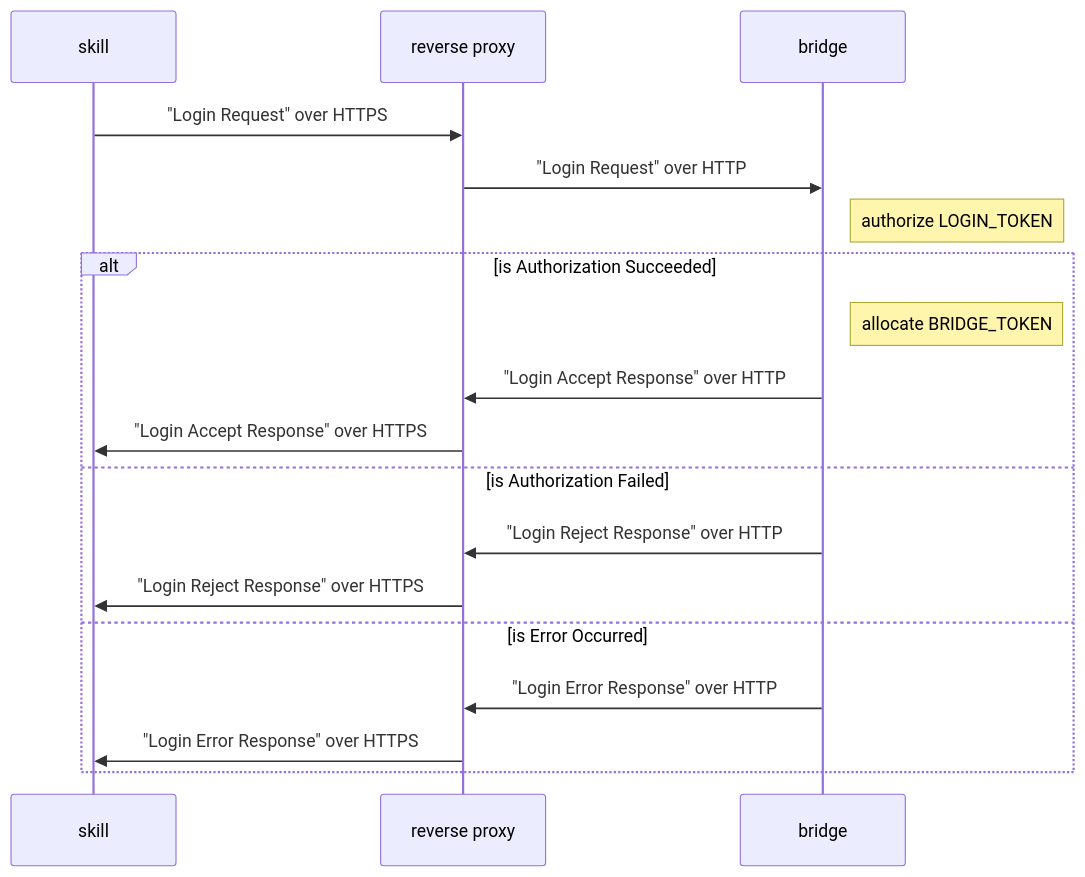
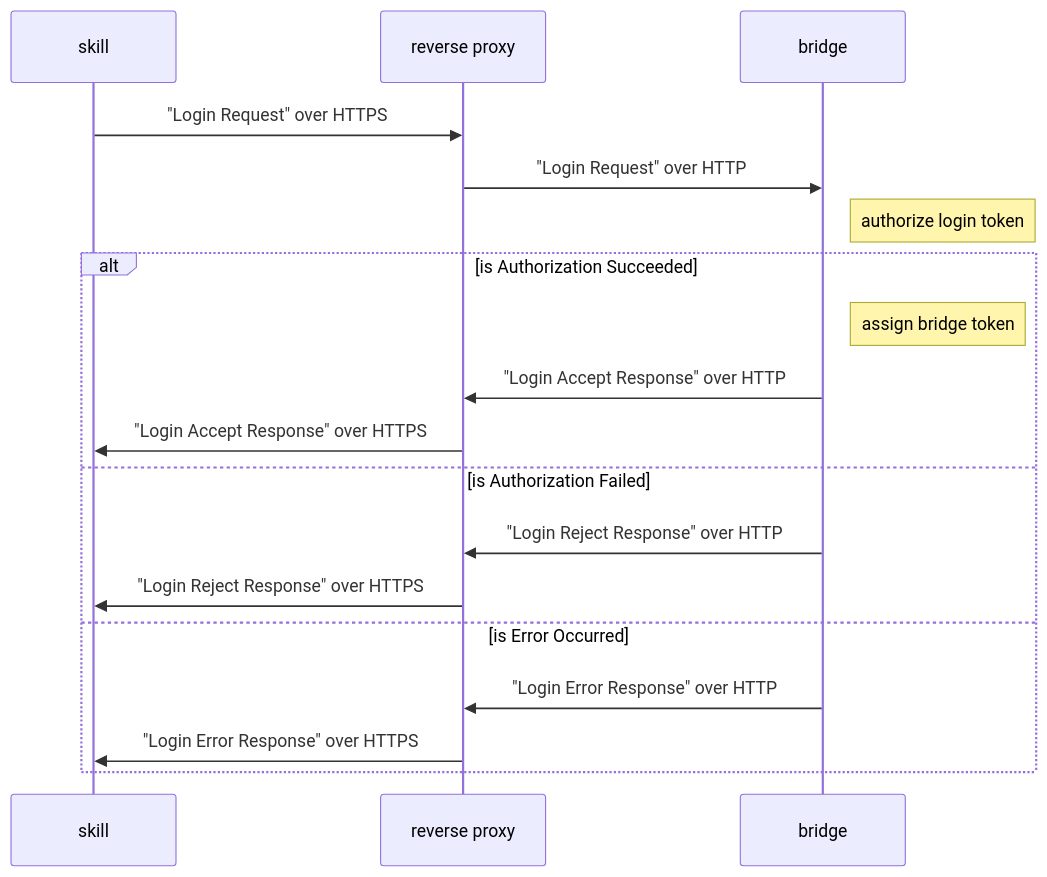
The first of 3 diagrams in docs/pages/skill-to-bridge-interface.md (pebender/alexa-for-lg-webos-tv), drawn with Mermaid before and after one commit. The commit also changed other lines of this file and 1 other file, not shown here.

Commit message:
Minor doc fix.

````diff
--- a/docs/pages/skill-to-bridge-interface.md
+++ b/docs/pages/skill-to-bridge-interface.md
@@ -104,21 +104,21 @@
 ```mermaid
 sequenceDiagram
   participant skill as skill
   participant proxy as reverse proxy
   participant bridge as bridge
 
   skill->>proxy: "Login Request" over HTTPS
   proxy->>bridge: "Login Request" over HTTP
-  note right of bridge: authorize LOGIN_TOKEN
+  note right of bridge: authorize login token
   alt is Authorization Succeeded
-    note right of bridge: allocate BRIDGE_TOKEN
+    note right of bridge: assign bridge token
     bridge->>proxy: "Login Accept Response" over HTTP
     proxy->>skill: "Login Accept Response" over HTTPS
   else is Authorization Failed
     bridge->>proxy: "Login Reject Response" over HTTP
     proxy->>skill: "Login Reject Response" over HTTPS
   else is Error Occurred
     bridge->>proxy: "Login Error Response" over HTTP
     proxy->>skill: "Login Error Response" over HTTPS
   end
 ```
````
